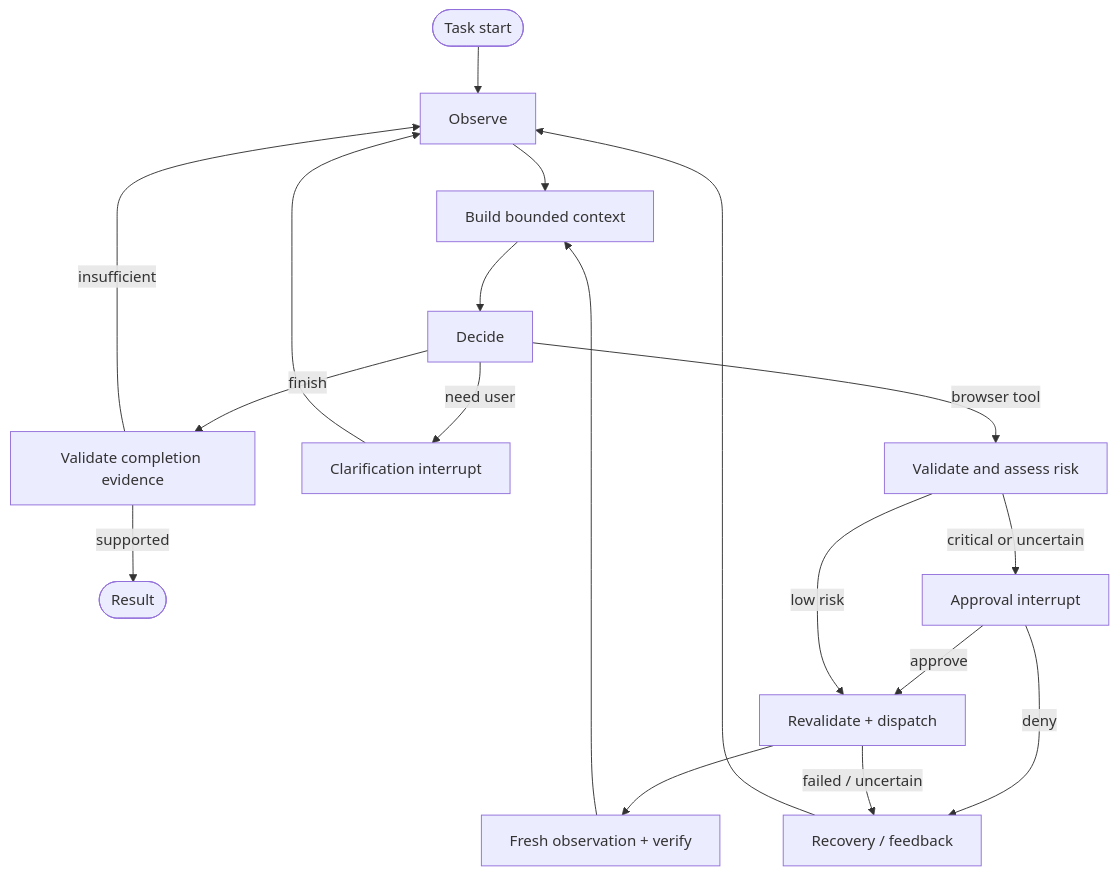
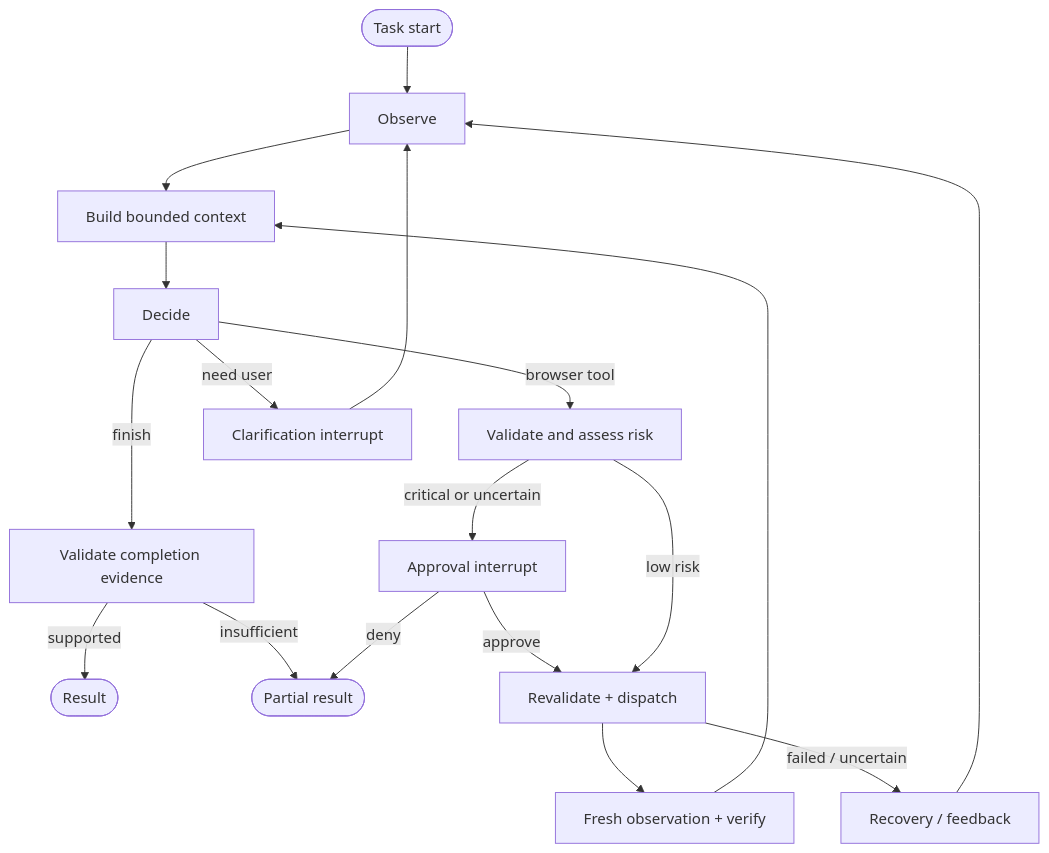
Before and after one commit to Nordup/sp-solution-test-assignment: the first of 3 diagrams in docs/CONTEXT.md, drawn with Mermaid. The commit also changed other lines of this file and 25 other files, not shown here.

````diff
--- a/docs/CONTEXT.md
+++ b/docs/CONTEXT.md
@@ -196,20 +486,20 @@
 ```mermaid
 flowchart TD
     S([Task start]) --> O[Observe]
     O --> C[Build bounded context]
     C --> D[Decide]
     D -->|browser tool| P[Validate and assess risk]
     D -->|need user| Q[Clarification interrupt]
     Q --> O
     D -->|finish| F[Validate completion evidence]
     F -->|supported| E([Result])
-    F -->|insufficient| O
+    F -->|insufficient| PART([Partial result])
     P -->|critical or uncertain| H[Approval interrupt]
     H -->|approve| X[Revalidate + dispatch]
-    H -->|deny| R[Recovery / feedback]
+    H -->|deny| PART
     P -->|low risk| X
     X --> V[Fresh observation + verify]
     V --> C
-    X -->|failed / uncertain| R
+    X -->|failed / uncertain| R[Recovery / feedback]
     R --> O
 ```
````
